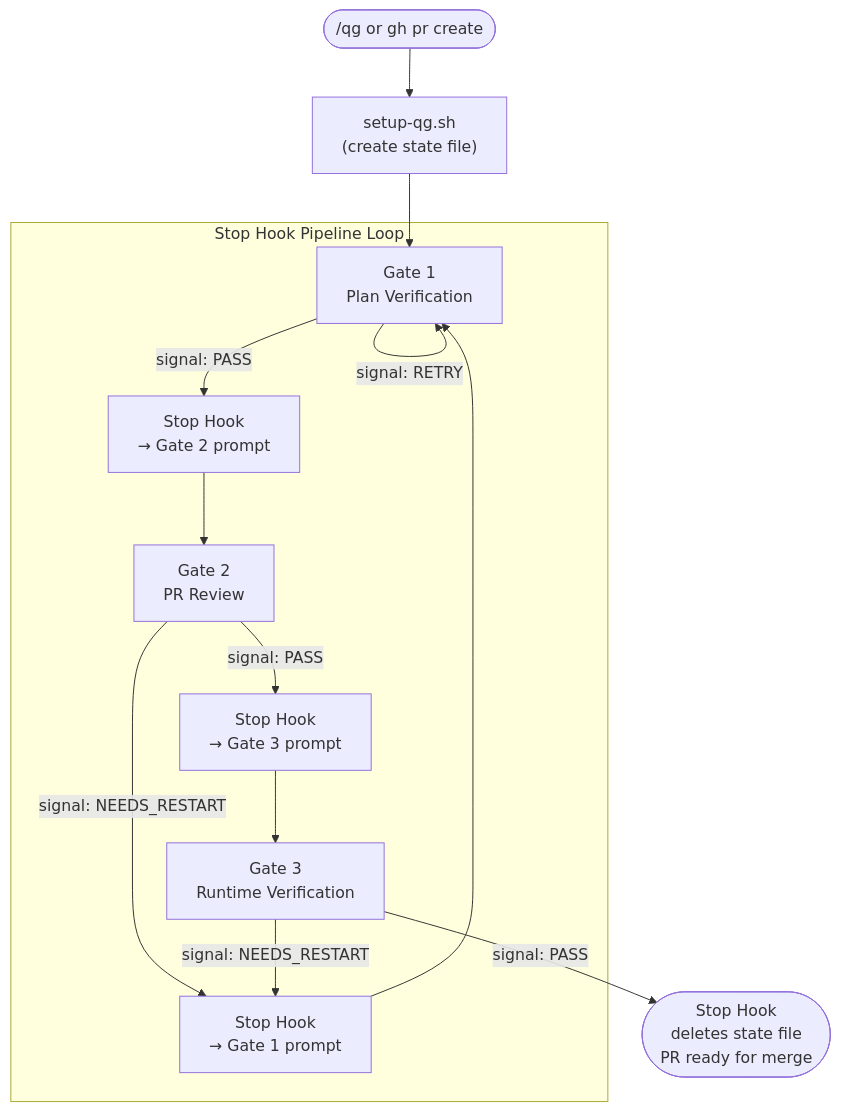
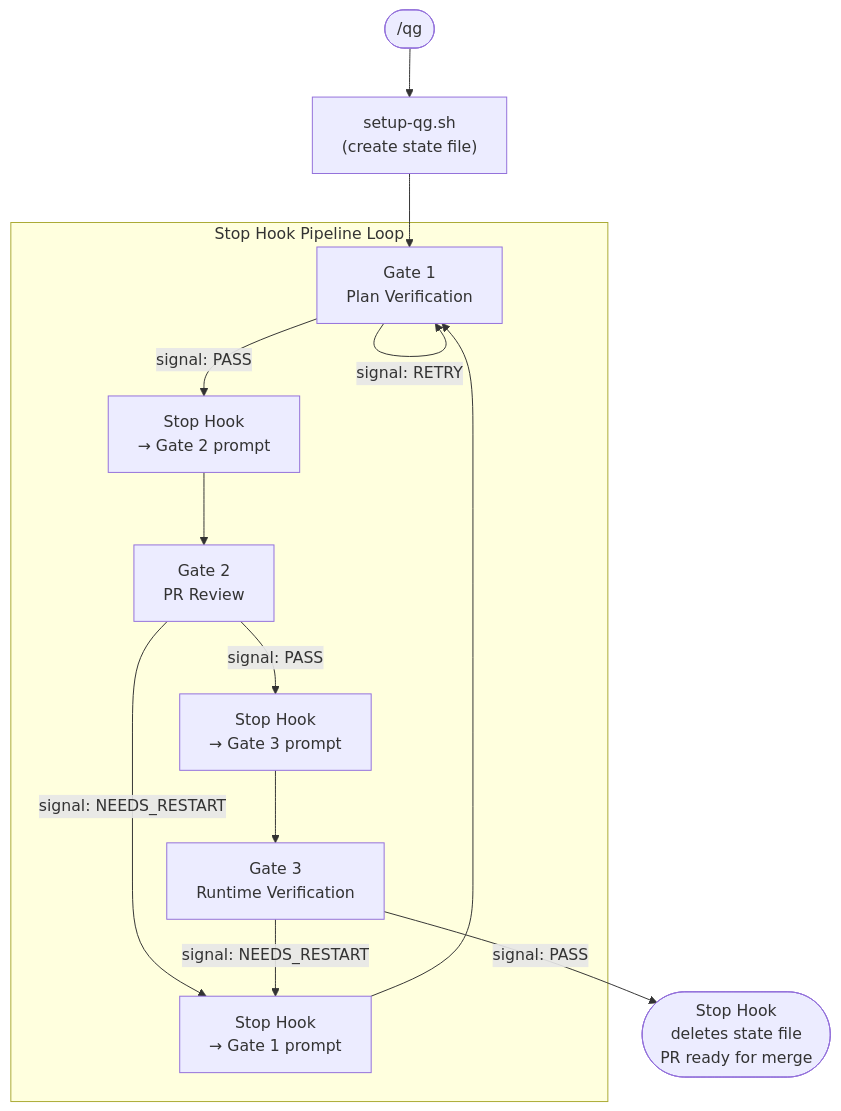
The diagram in plugins/quality-gates/README.md (Jeongho-K/devbrew), drawn with Mermaid before and after one commit. The commit also changed other lines of this file and 7 other files, not shown here.

````diff
--- a/plugins/quality-gates/README.md
+++ b/plugins/quality-gates/README.md
@@ -71,23 +71,23 @@
 ```mermaid
 flowchart TD
-    Start(["/qg or gh pr create"]) --> Setup["setup-qg.sh\n(create state file)"]
+    Start(["/qg"]) --> Setup["setup-qg.sh\n(create state file)"]
     Setup --> G1
 
     subgraph Pipeline ["Stop Hook Pipeline Loop"]
         G1["Gate 1\nPlan Verification"]
         G1 -->|signal: PASS| StopH1["Stop Hook\n→ Gate 2 prompt"]
         G1 -->|signal: RETRY| G1
         StopH1 --> G2
 
         G2["Gate 2\nPR Review"]
         G2 -->|signal: PASS| StopH2["Stop Hook\n→ Gate 3 prompt"]
         G2 -->|signal: NEEDS_RESTART| StopH3["Stop Hook\n→ Gate 1 prompt"]
         StopH3 --> G1
         StopH2 --> G3
 
         G3["Gate 3\nRuntime Verification"]
         G3 -->|signal: NEEDS_RESTART| StopH3
     end
 
     G3 -->|signal: PASS| Done(["Stop Hook\ndeletes state file\nPR ready for merge"])
 ```
````
